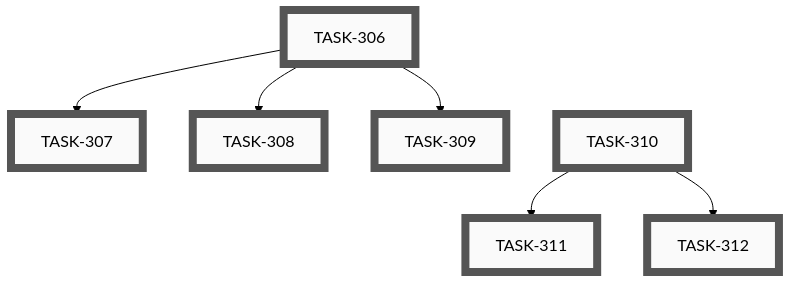
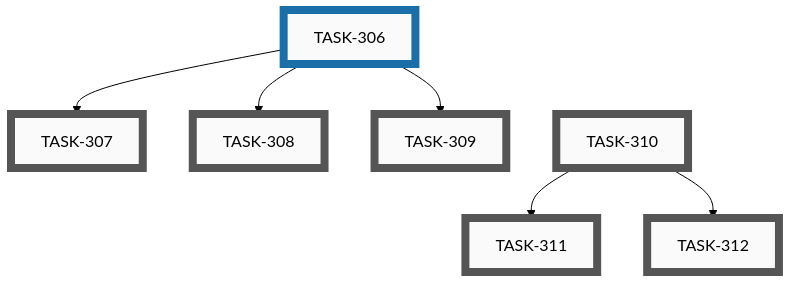
Before and after one commit to tgd1975/AwesomeStudioPedal: the fifth of 6 diagrams in docs/developers/tasks/EPICS.md, drawn with Mermaid (forest theme). The commit also changed other lines of this file and 60 other files, not shown here.

````diff
--- a/docs/developers/tasks/EPICS.md
+++ b/docs/developers/tasks/EPICS.md
@@ -161,31 +161,31 @@
 ```mermaid
 graph TD
-    TASK_306["TASK-306"]:::open
     TASK_307["TASK-307"]:::open
     TASK_308["TASK-308"]:::open
     TASK_309["TASK-309"]:::open
     TASK_310["TASK-310"]:::open
     TASK_311["TASK-311"]:::open
     TASK_312["TASK-312"]:::open
+    TASK_306["TASK-306"]:::active
     TASK_306 --> TASK_307
     TASK_306 --> TASK_308
     TASK_306 --> TASK_309
     TASK_310 --> TASK_311
     TASK_310 --> TASK_312
     TASK_306 ~~~ TASK_310
-    click TASK_306 "open/task-306-profile-independent-actions-firmware.md"
     click TASK_307 "open/task-307-profile-independent-actions-simulator.md"
     click TASK_308 "open/task-308-profile-independent-actions-config-builder.md"
     click TASK_309 "open/task-309-profile-independent-actions-flutter-app.md"
     click TASK_310 "open/task-310-configurable-ble-device-name-firmware.md"
     click TASK_311 "open/task-311-configurable-ble-device-name-config-builder.md"
     click TASK_312 "open/task-312-configurable-ble-device-name-flutter-app.md"
+    click TASK_306 "active/task-306-profile-independent-actions-firmware.md"
     classDef open    fill:#FAFAFA,stroke:#555,stroke-width:8px,color:#000
     classDef active  fill:#FAFAFA,stroke:#1A6FA8,stroke-width:8px,color:#000
     classDef closed  fill:#FAFAFA,stroke:#3F8B53,stroke-width:8px,color:#000
     classDef paused  fill:#FAFAFA,stroke:#B07810,stroke-width:8px,color:#000
     classDef openExt    fill:#000,stroke:#888,stroke-width:8px,color:#FFF
     classDef activeExt  fill:#000,stroke:#3FA9F5,stroke-width:8px,color:#FFF
     classDef closedExt  fill:#000,stroke:#7CC68A,stroke-width:8px,color:#FFF
     classDef pausedExt  fill:#000,stroke:#F0B030,stroke-width:8px,color:#FFF
 ```
````
